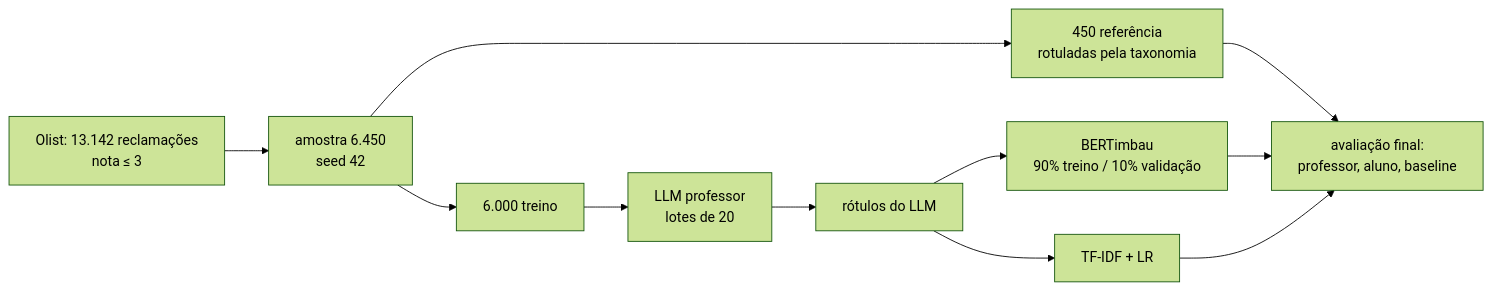
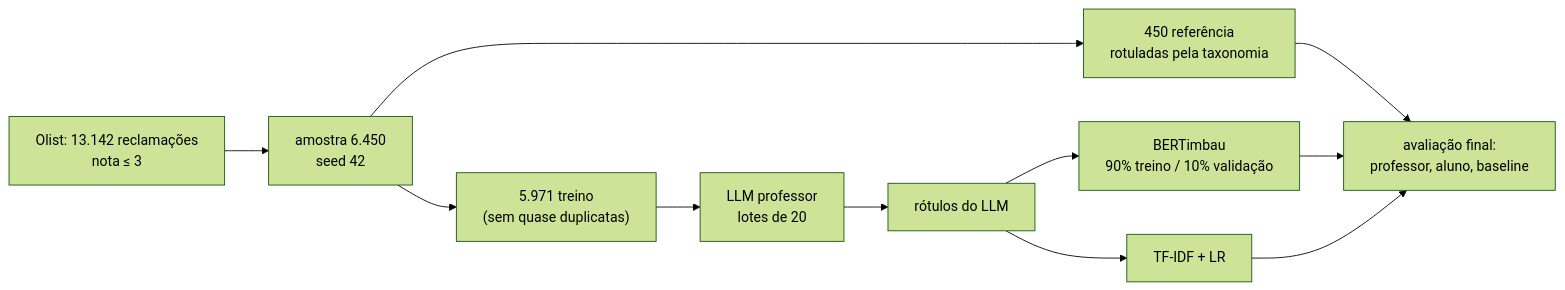
Before and after one commit to krosct/project-nov26-p4-destilacao: the diagram in README.md, drawn with Mermaid (forest theme). The commit also changed other lines of this file, not shown here.

````diff
--- a/README.md
+++ b/README.md
@@ -30,13 +34,13 @@
 ```mermaid
 flowchart LR
     O["Olist: 13.142 reclamações<br/>nota ≤ 3"] --> S["amostra 6.450<br/>seed 42"]
     S --> R["450 referência<br/>rotuladas pela taxonomia"]
-    S --> T["6.000 treino"]
+    S --> T["5.971 treino<br/>(sem quase duplicatas)"]
     T --> P["LLM professor<br/>lotes de 20"]
     P --> Y["rótulos do LLM"]
     Y --> B["BERTimbau<br/>90% treino / 10% validação"]
     Y --> F["TF-IDF + LR"]
     R --> A["avaliação final:<br/>professor, aluno, baseline"]
     B --> A
     F --> A
 ```
````
